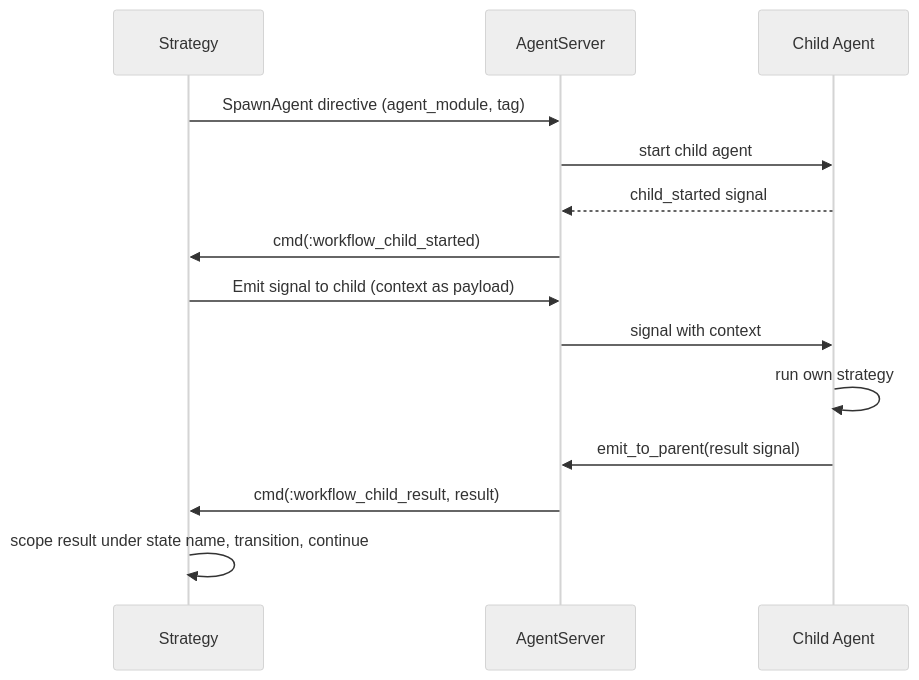
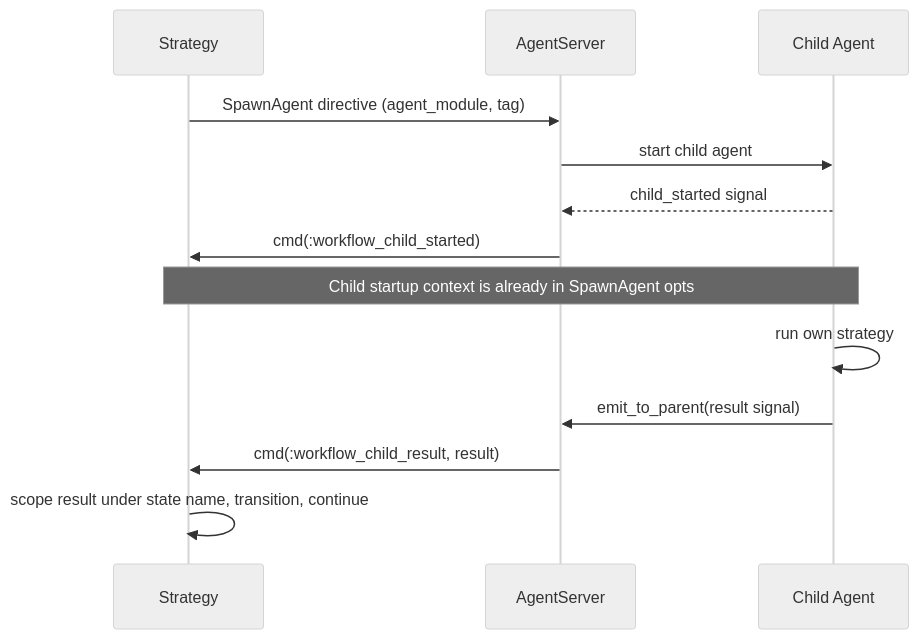
Before and after one commit to nshkrdotcom/jido_composer: the third of 4 diagrams in docs/design/workflow/strategy.md, drawn with Mermaid (neutral theme). The commit also changed other lines of this file and 16 other files, not shown here.

````diff
--- a/docs/design/workflow/strategy.md
+++ b/docs/design/workflow/strategy.md
@@ -137,17 +122,16 @@
 ```mermaid
 sequenceDiagram
     participant Strategy
     participant AgentServer
     participant Child as Child Agent
 
     Strategy->>AgentServer: SpawnAgent directive (agent_module, tag)
     AgentServer->>Child: start child agent
     Child-->>AgentServer: child_started signal
     AgentServer->>Strategy: cmd(:workflow_child_started)
-    Strategy->>AgentServer: Emit signal to child (context as payload)
-    AgentServer->>Child: signal with context
+    Note over Strategy,Child: Child startup context is already in SpawnAgent opts
     Child->>Child: run own strategy
     Child->>AgentServer: emit_to_parent(result signal)
     AgentServer->>Strategy: cmd(:workflow_child_result, result)
     Strategy->>Strategy: scope result under state name, transition, continue
 ```
````
